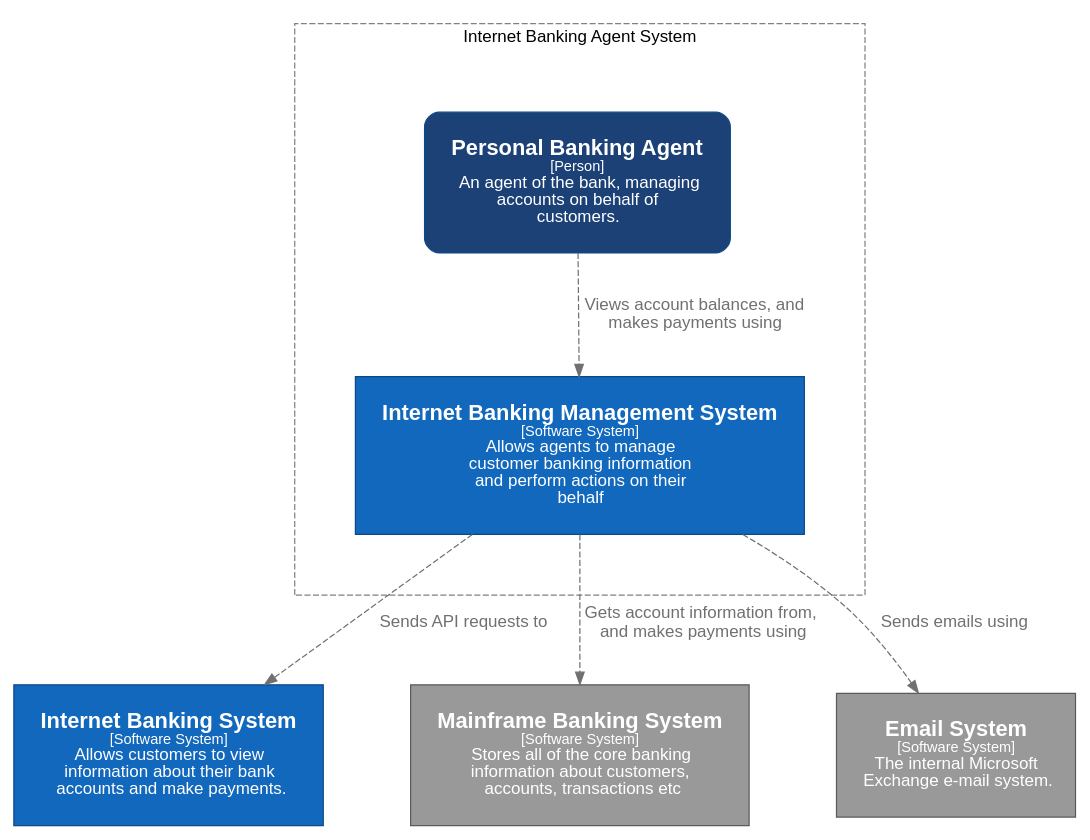
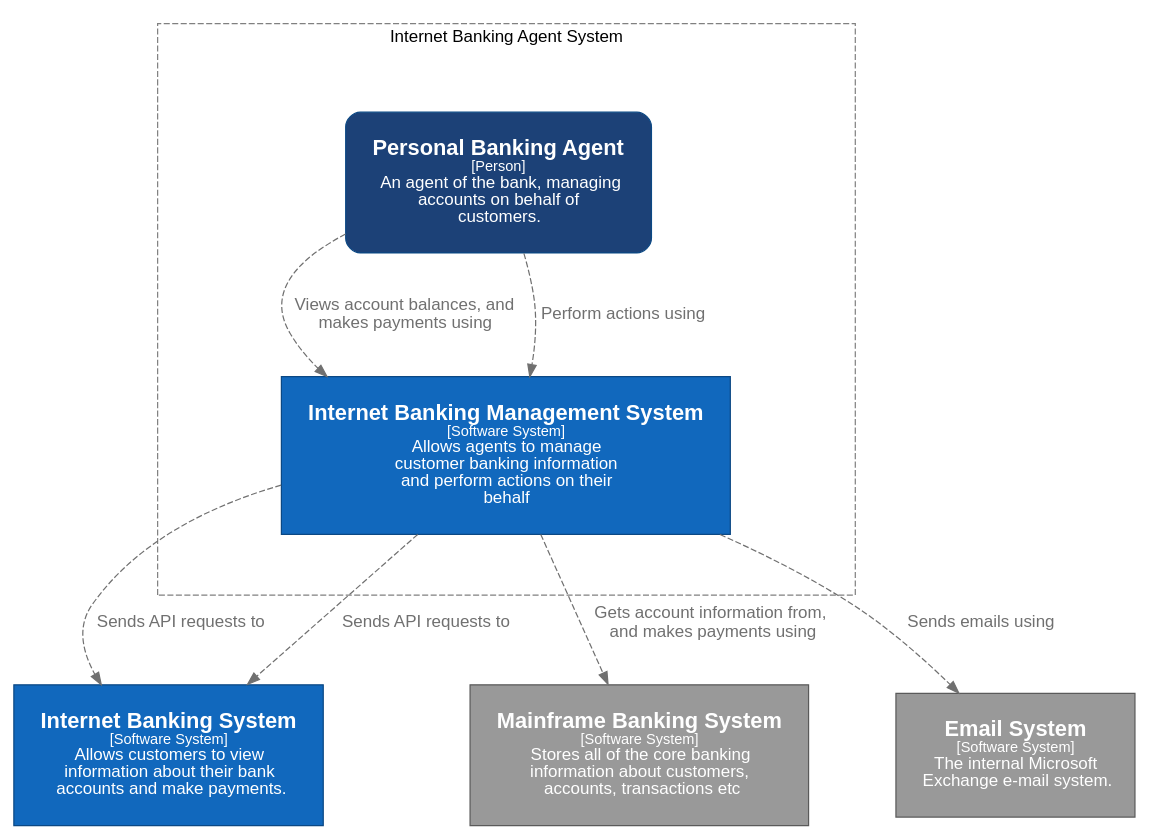
The diagram in packages/graphviz/src/__stubs__/internetBankingAgent.c1.dot (c4mjs/c4mjs), drawn with Graphviz before and after one commit. The commit also changed 6 other files, not shown here.

```diff
--- a/packages/graphviz/src/__stubs__/internetBankingAgent.c1.dot
+++ b/packages/graphviz/src/__stubs__/internetBankingAgent.c1.dot
@@ -1,76 +1,80 @@
 digraph {
     compound=true
     graph [fontname="Arial", rankdir=TB, ranksep=1.0, nodesep=1.0 ]
     node [fontname="Arial", shape=box, margin="0.3,0.3"]
     edge [fontname="Arial"]
 
     subgraph cluster_internetBankingAgent {
         label = "Internet Banking Agent System"
         style = "dashed"
         color = "grey"
         class=""
         margin="50,50"
         
         internetBankingAgent__internetBankingManagementSystem [
         id="internetBankingAgent__internetBankingManagementSystem",
         shape="rectangle",
         label=<<font point-size="18"><b>Internet Banking Management System</b></font><br /><font point-size="12">[Software System]</font><br /><font point-size="14">  Allows agents to manage <br />customer banking information <br />and perform actions on their <br />behalf</font>>,
         style="filled",
         color="#0b4884",
         fillcolor="#1168bd",
         fontcolor="#ffffff"
         class=""
     ]
 internetBankingAgent__agent [
         id="internetBankingAgent__agent",
         shape="rectangle",
         label=<<font point-size="18"><b>Personal Banking Agent</b></font><br /><font point-size="12">[Person]</font><br /><font point-size="14">  An agent of the bank, managing <br />accounts on behalf of <br />customers.</font>>,
         style="filled,rounded",
         color="#0b4884",
         fillcolor="#1C4177",
         fontcolor="#ffffff"
         class=""
     ]
         
     }
 
 internetBanking__internetBankingSystem [
         id="internetBanking__internetBankingSystem",
         shape="rectangle",
         label=<<font point-size="18"><b>Internet Banking System</b></font><br /><font point-size="12">[Software System]</font><br /><font point-size="14">  Allows customers to view <br />information about their bank <br />accounts and make payments.</font>>,
         style="filled",
         color="#0b4884",
         fillcolor="#1168bd",
         fontcolor="#ffffff"
         class="critical"
     ]
 internetBanking__mainframeBankingSystem [
         id="internetBanking__mainframeBankingSystem",
         shape="rectangle",
         label=<<font point-size="18"><b>Mainframe Banking System</b></font><br /><font point-size="12">[Software System]</font><br /><font point-size="14">  Stores all of the core banking <br />information about customers, <br />accounts, transactions etc</font>>,
         style="filled",
         color="#5a5a5a",
         fillcolor="#999999",
         fontcolor="#ffffff"
         class=""
     ]
 internetBanking__emailSystem [
         id="internetBanking__emailSystem",
         shape="rectangle",
         label=<<font point-size="18"><b>Email System</b></font><br /><font point-size="12">[Software System]</font><br /><font point-size="14">  The internal Microsoft <br />Exchange e-mail system.</font>>,
         style="filled",
         color="#5a5a5a",
         fillcolor="#999999",
         fontcolor="#ffffff"
         class=""
     ]
-internetBankingAgent__internetBankingManagementSystem -> internetBanking__internetBankingSystem [ id="100001", label=<<font point-size="14">  Sends API requests to</font>>, style="dashed", color="#707070", fontcolor="#707070" class=""
+internetBankingAgent__internetBankingManagementSystem -> internetBanking__internetBankingSystem [ id="100057", label=<<font point-size="14">  Sends API requests to</font>>, style="dashed", color="#707070", fontcolor="#707070" class=""
  ]
-internetBankingAgent__internetBankingManagementSystem -> internetBanking__mainframeBankingSystem [ id="100002", label=<<font point-size="14">  Gets account information from, <br />and makes payments using</font>>, style="dashed", color="#707070", fontcolor="#707070" class=""
+internetBankingAgent__internetBankingManagementSystem -> internetBanking__internetBankingSystem [ id="100058", label=<<font point-size="14">  Sends API requests to</font>>, style="dashed", color="#707070", fontcolor="#707070" class=""
  ]
-internetBankingAgent__internetBankingManagementSystem -> internetBanking__emailSystem [ id="100003", label=<<font point-size="14">  Sends emails using</font>>, style="dashed", color="#707070", fontcolor="#707070" class=""
+internetBankingAgent__internetBankingManagementSystem -> internetBanking__mainframeBankingSystem [ id="100059", label=<<font point-size="14">  Gets account information from, <br />and makes payments using</font>>, style="dashed", color="#707070", fontcolor="#707070" class=""
  ]
-internetBankingAgent__agent -> internetBankingAgent__internetBankingManagementSystem [ id="100005", label=<<font point-size="14">  Views account balances, and <br />makes payments using</font>>, style="dashed", color="#707070", fontcolor="#707070" class=""
+internetBankingAgent__internetBankingManagementSystem -> internetBanking__emailSystem [ id="100060", label=<<font point-size="14">  Sends emails using</font>>, style="dashed", color="#707070", fontcolor="#707070" class=""
+ ]
+internetBankingAgent__agent -> internetBankingAgent__internetBankingManagementSystem [ id="100062", label=<<font point-size="14">  Views account balances, and <br />makes payments using</font>>, style="dashed", color="#707070", fontcolor="#707070" class=""
+ ]
+internetBankingAgent__agent -> internetBankingAgent__internetBankingManagementSystem [ id="100072", label=<<font point-size="14">  Perform actions using</font>>, style="dashed", color="#707070", fontcolor="#707070" class=""
  ]
      
 }
```
